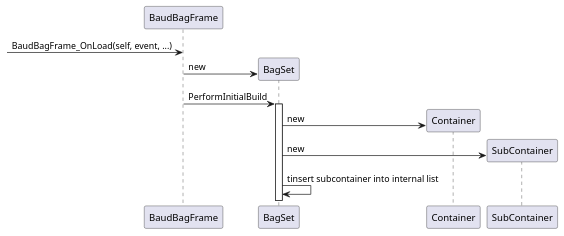
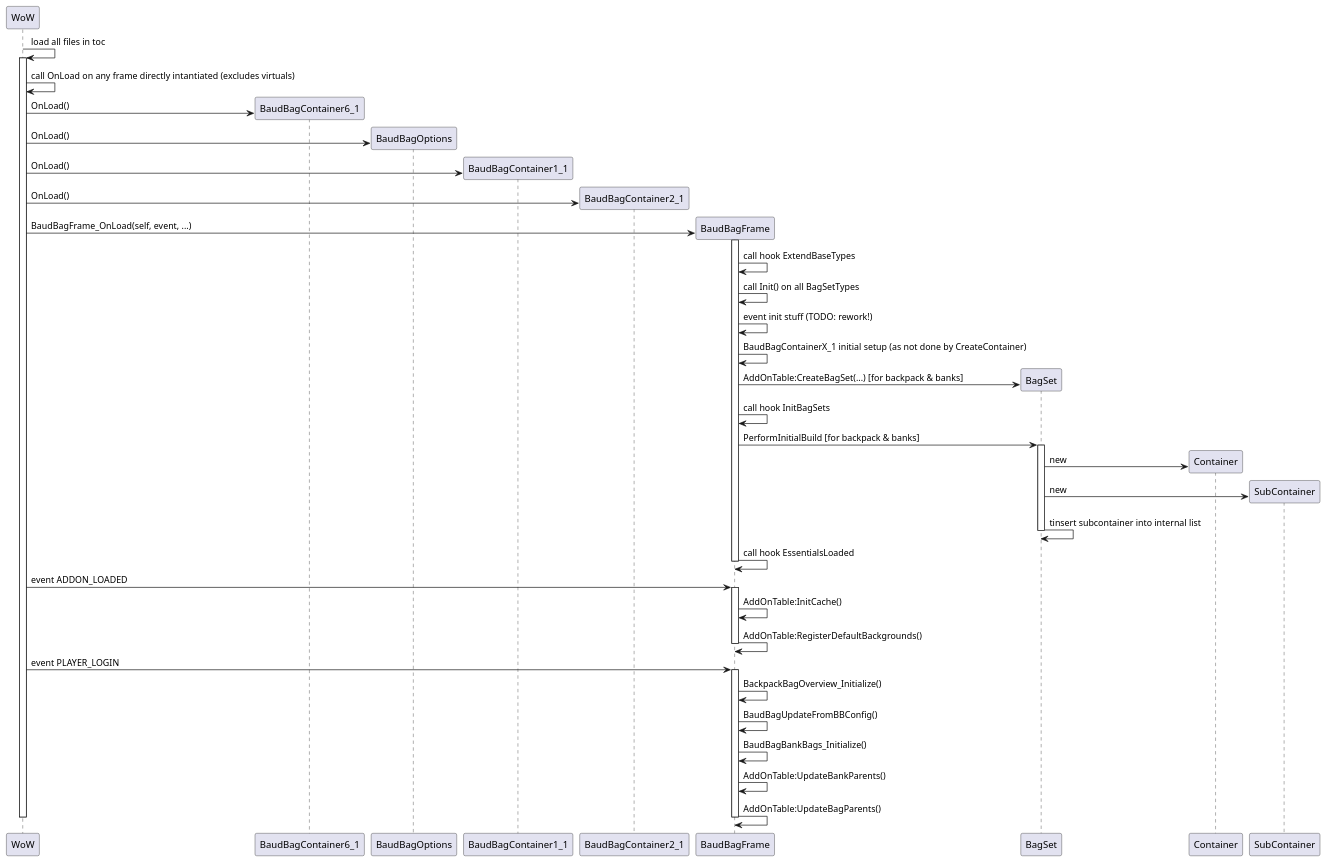
One commit to gsnerf/Baud-Bag changed the diagram in docs/initialization.puml. Above: the diagram before and after it, drawn with PlantUML.

Commit message:
Updated initialization doc to get a better overview what is available at what point.

```diff
--- a/docs/initialization.puml
+++ b/docs/initialization.puml
@@ -1,20 +1,65 @@
-@startuml
+@startuml addon initialization phase
 
-participant BaudBagFrame
+participant WoW
 
-[-> BaudBagFrame: BaudBagFrame_OnLoad(self, event, ...)
+WoW -> WoW: load all files in toc
+activate WoW
+    WoW -> WoW: call OnLoad on any frame directly intantiated (excludes virtuals)
 
-create BagSet
-BaudBagFrame -> BagSet: new
-BaudBagFrame -> BagSet: PerformInitialBuild
-activate BagSet
+    create BaudBagContainer6_1
+    WoW -> BaudBagContainer6_1: OnLoad()
 
-create Container
-BagSet -> Container: new
+    create BaudBagOptions
+    WoW -> BaudBagOptions: OnLoad()
 
-create SubContainer
-BagSet -> SubContainer: new
-BagSet -> BagSet: tinsert subcontainer into internal list
+    create BaudBagContainer1_1
+    WoW -> BaudBagContainer1_1: OnLoad()
+
+    create BaudBagContainer2_1
+    WoW -> BaudBagContainer2_1: OnLoad()
+
+    create BaudBagFrame
+    WoW -> BaudBagFrame: BaudBagFrame_OnLoad(self, event, ...)
+    activate BaudBagFrame
+        BaudBagFrame -> BaudBagFrame: call hook ExtendBaseTypes
+        BaudBagFrame -> BaudBagFrame: call Init() on all BagSetTypes
+
+        BaudBagFrame -> BaudBagFrame: event init stuff (TODO: rework!)
+
+        BaudBagFrame -> BaudBagFrame: BaudBagContainerX_1 initial setup (as not done by CreateContainer)
+
+        create BagSet
+        BaudBagFrame -> BagSet: AddOnTable:CreateBagSet(...) [for backpack & banks]
+        BaudBagFrame -> BaudBagFrame: call hook InitBagSets
+        BaudBagFrame -> BagSet: PerformInitialBuild [for backpack & banks]
+
+        activate BagSet
+            create Container
+            BagSet -> Container: new
+
+            create SubContainer
+            BagSet -> SubContainer: new
+            BagSet -> BagSet: tinsert subcontainer into internal list
+        deactivate BagSet
+
+        BaudBagFrame -> BaudBagFrame: call hook EssentialsLoaded
+    deactivate BaudBagFrame
 
 
+    WoW -> BaudBagFrame: event ADDON_LOADED
+    activate BaudBagFrame
+        BaudBagFrame -> BaudBagFrame: AddOnTable:InitCache()
+        BaudBagFrame -> BaudBagFrame: AddOnTable:RegisterDefaultBackgrounds()
+    deactivate BaudBagFrame
+
+    WoW -> BaudBagFrame: event PLAYER_LOGIN
+    activate BaudBagFrame
+        BaudBagFrame -> BaudBagFrame: BackpackBagOverview_Initialize()
+        BaudBagFrame -> BaudBagFrame: BaudBagUpdateFromBBConfig()
+        BaudBagFrame -> BaudBagFrame: BaudBagBankBags_Initialize()
+        BaudBagFrame -> BaudBagFrame: AddOnTable:UpdateBankParents()
+        BaudBagFrame -> BaudBagFrame: AddOnTable:UpdateBagParents()
+    deactivate BaudBagFrame
+
+deactivate WoW
 @enduml
```
